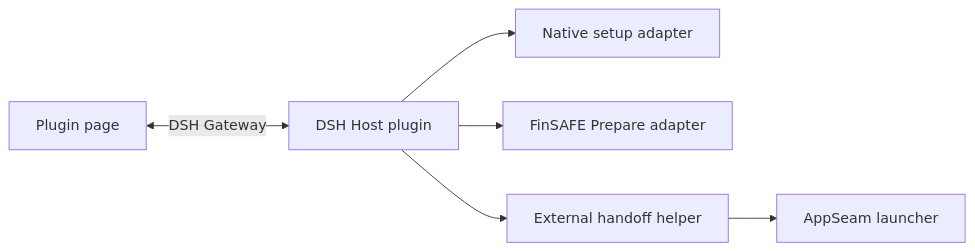
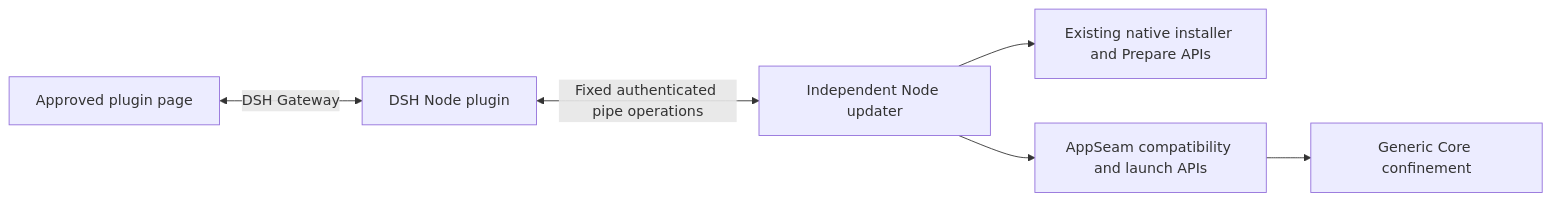
One commit to finogeeks/finsafe changed the first of 6 diagrams in integrations/dsh/windows/DESIGN.md. Above: the diagram before and after it, drawn with Mermaid. The commit also changed other lines of this file and 47 other files, not shown here.

````diff
--- a/integrations/dsh/windows/DESIGN.md
+++ b/integrations/dsh/windows/DESIGN.md
@@ -67,8 +81,8 @@
 ```mermaid
 flowchart LR
-    P[DSH Host plugin] --> I[Native setup adapter]
-    P --> N[FinSAFE Prepare adapter]
-    P --> H[External handoff helper]
-    H --> A[AppSeam launcher]
-    V[Plugin page] <-->|DSH Gateway| P
+    P[DSH Node plugin] <-->|Fixed authenticated pipe operations| U[Independent Node updater]
+    V[Approved plugin page] <-->|DSH Gateway| P
+    U --> I[Existing native installer and Prepare APIs]
+    U --> A[AppSeam compatibility and launch APIs]
+    A --> C[Generic Core confinement]
 ```
````
